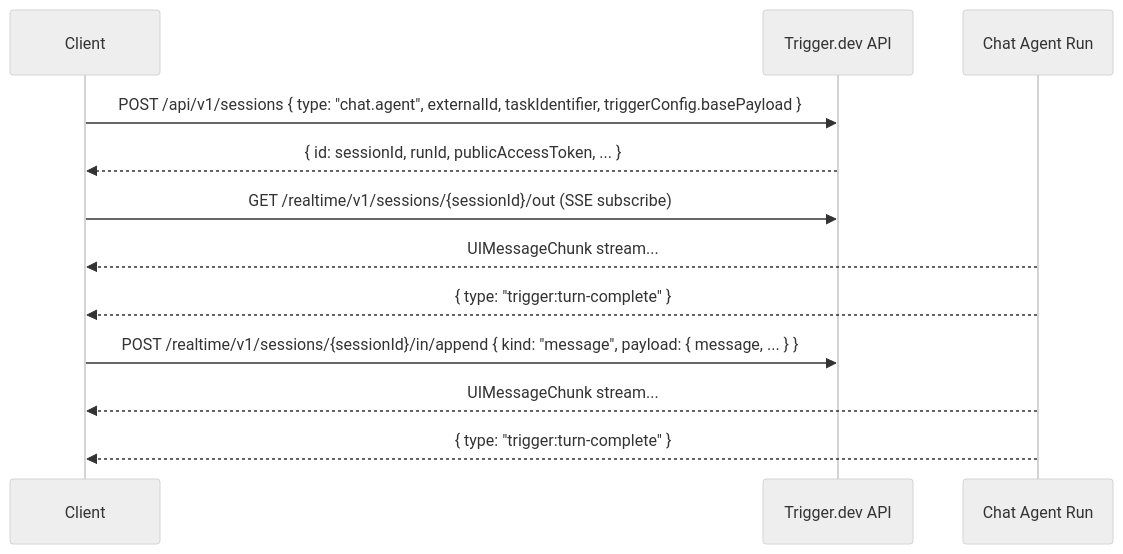
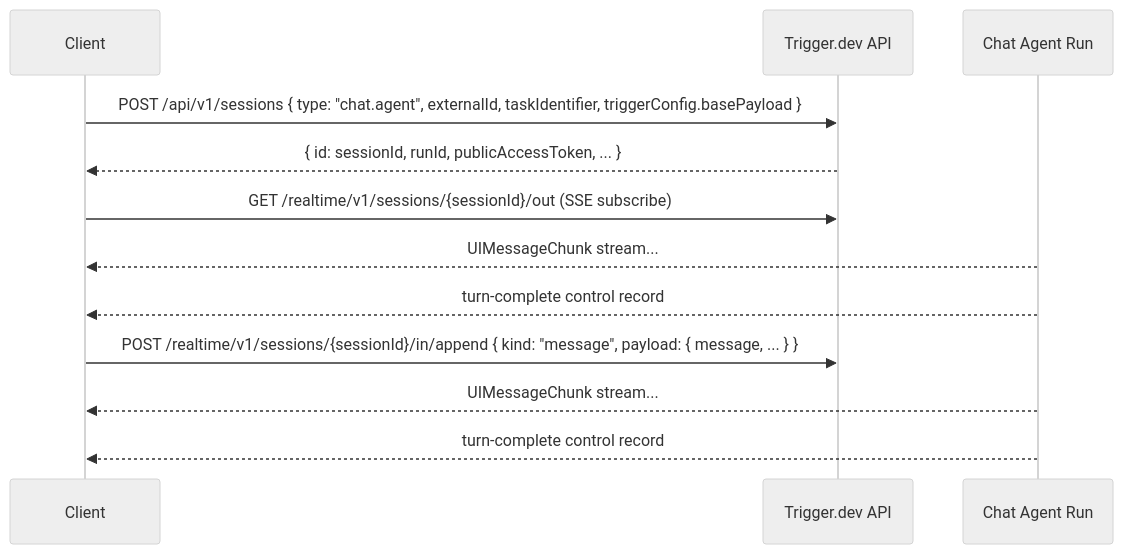
The diagram in docs/ai-chat/client-protocol.mdx (triggerdotdev/trigger.dev), drawn with Mermaid (neutral theme) before and after one commit. The commit also changed other lines of this file and 2 other files, not shown here.

````diff
--- a/docs/ai-chat/client-protocol.mdx
+++ b/docs/ai-chat/client-protocol.mdx
@@ -23,15 +23,15 @@
 ```mermaid
 sequenceDiagram
   participant Client
   participant API as Trigger.dev API
   participant Agent as Chat Agent Run
 
   Client->>API: POST /api/v1/sessions { type: "chat.agent", externalId, taskIdentifier, triggerConfig.basePayload }
   API-->>Client: { id: sessionId, runId, publicAccessToken, ... }
   Client->>API: GET /realtime/v1/sessions/{sessionId}/out (SSE subscribe)
   Agent-->>Client: UIMessageChunk stream...
-  Agent-->>Client: { type: "trigger:turn-complete" }
+  Agent-->>Client: turn-complete control record
   Client->>API: POST /realtime/v1/sessions/{sessionId}/in/append { kind: "message", payload: { message, ... } }
   Agent-->>Client: UIMessageChunk stream...
-  Agent-->>Client: { type: "trigger:turn-complete" }
+  Agent-->>Client: turn-complete control record
 ```
````
